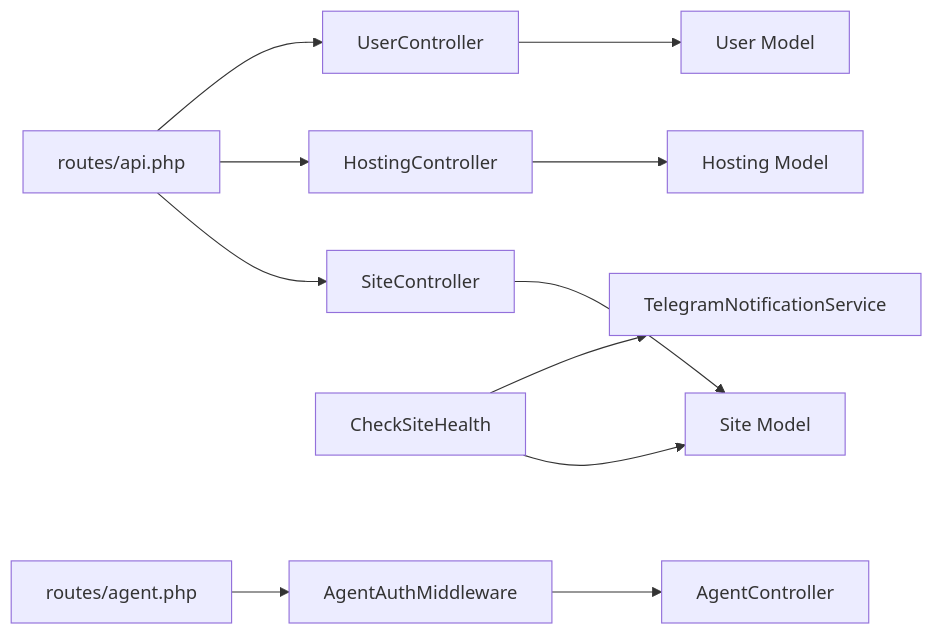
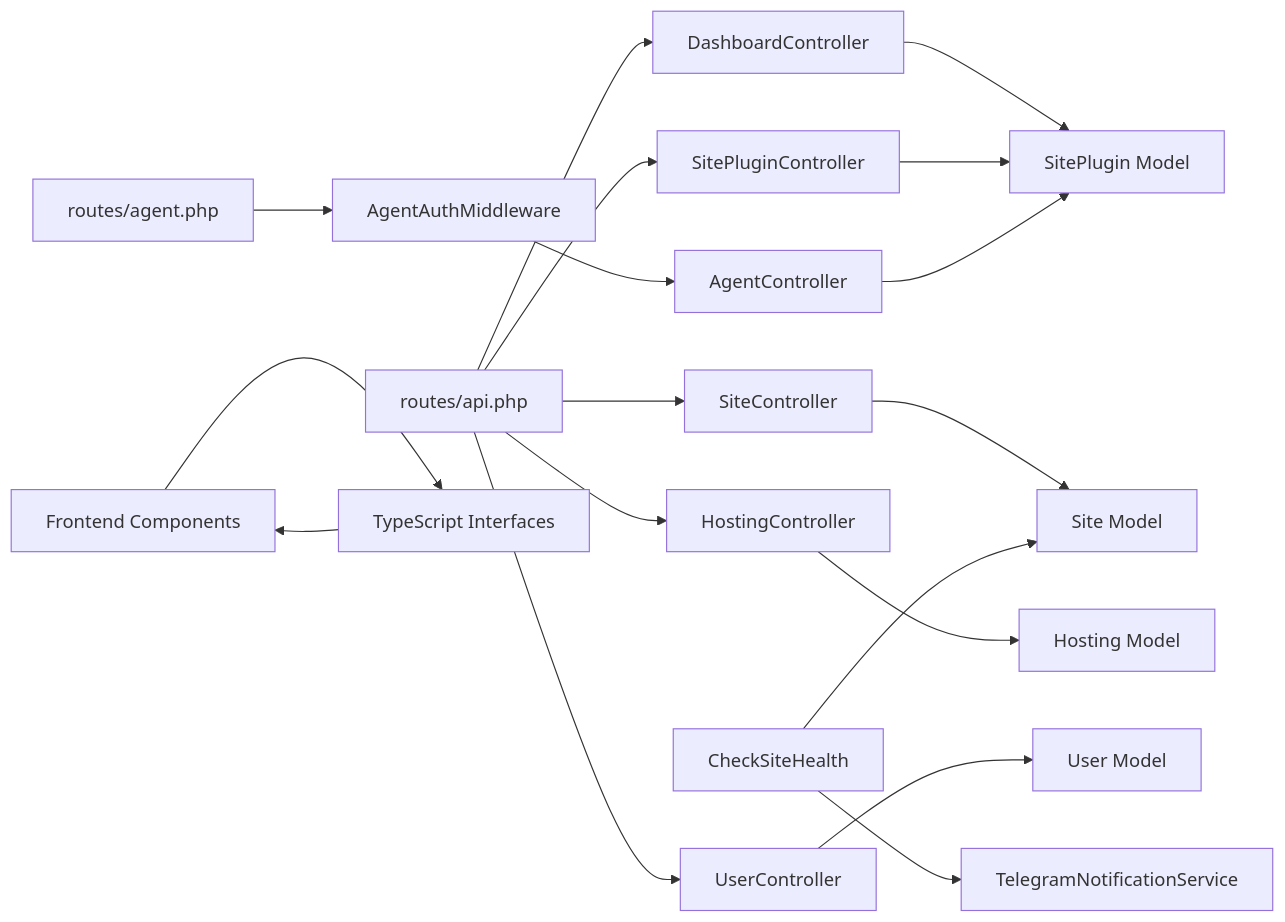
Diagram 12 of 12 in .qoder/repowiki/en/content/Site Management System/Site Management System.md (FCS-WP/website_portal), drawn with Mermaid before and after one commit. The commit also changed other lines of this file and 89 other files, not shown here.

````diff
--- a/.qoder/repowiki/en/content/Site Management System/Site Management System.md
+++ b/.qoder/repowiki/en/content/Site Management System/Site Management System.md
@@ -385,13 +591,20 @@
 ```mermaid
 graph LR
 API["routes/api.php"] --> CTRL_SITE["SiteController"]
 API --> CTRL_HOST["HostingController"]
 API --> CTRL_USER["UserController"]
+API --> CTRL_DASH["DashboardController"]
+API --> CTRL_SITE_PLUGIN["SitePluginController"]
 CTRL_SITE --> MODEL_SITE["Site Model"]
 CTRL_HOST --> MODEL_HOST["Hosting Model"]
 CTRL_USER --> MODEL_USER["User Model"]
+CTRL_DASH --> MODEL_SITE_PLUGIN["SitePlugin Model"]
+CTRL_SITE_PLUGIN --> MODEL_SITE_PLUGIN
 HEALTH["CheckSiteHealth"] --> MODEL_SITE
 HEALTH --> SVC_TG["TelegramNotificationService"]
 AGENT["routes/agent.php"] --> API_AUTH["AgentAuthMiddleware"]
 API_AUTH --> CTRL_AGENT["AgentController"]
+CTRL_AGENT --> MODEL_SITE_PLUGIN
+FRONTEND["Frontend Components"] --> TYPES["TypeScript Interfaces"]
+TYPES --> FRONTEND
 ```
````
